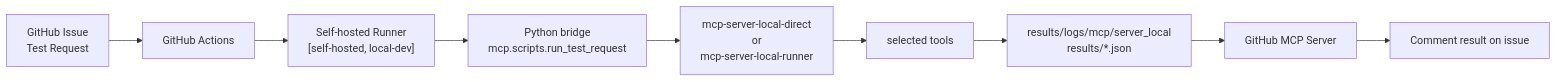
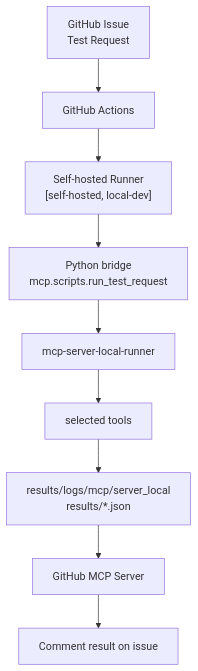
Before and after one commit to JeonghunLee/local-ai-agent-mcp: the third of 4 diagrams in docs/mcp/mcp_server_local.md, drawn with Mermaid. The commit also changed other lines of this file and 1 other file, not shown here.

Commit message:
docs: enhance MCP server documentation with configuration details and usage examples

````diff
--- a/docs/mcp/mcp_server_local.md
+++ b/docs/mcp/mcp_server_local.md
@@ -142,11 +218,11 @@
 ```mermaid
-flowchart LR
+flowchart TD
     A["GitHub Issue<br/>Test Request"] --> B["GitHub Actions"]
     B --> D["Self-hosted Runner<br/>[self-hosted, local-dev]"]
     D --> E["Python bridge<br/>mcp.scripts.run_test_request"]
-    E --> F["mcp-server-local-direct<br/>or<br/>mcp-server-local-runner"]
+    E --> F["mcp-server-local-runner"]
     F --> G["selected tools"]
     G --> I["results/logs/mcp/server_local<br/>results/*.json"]
     I --> C["GitHub MCP Server"]
     C --> H["Comment result on issue"]
 ```
````
